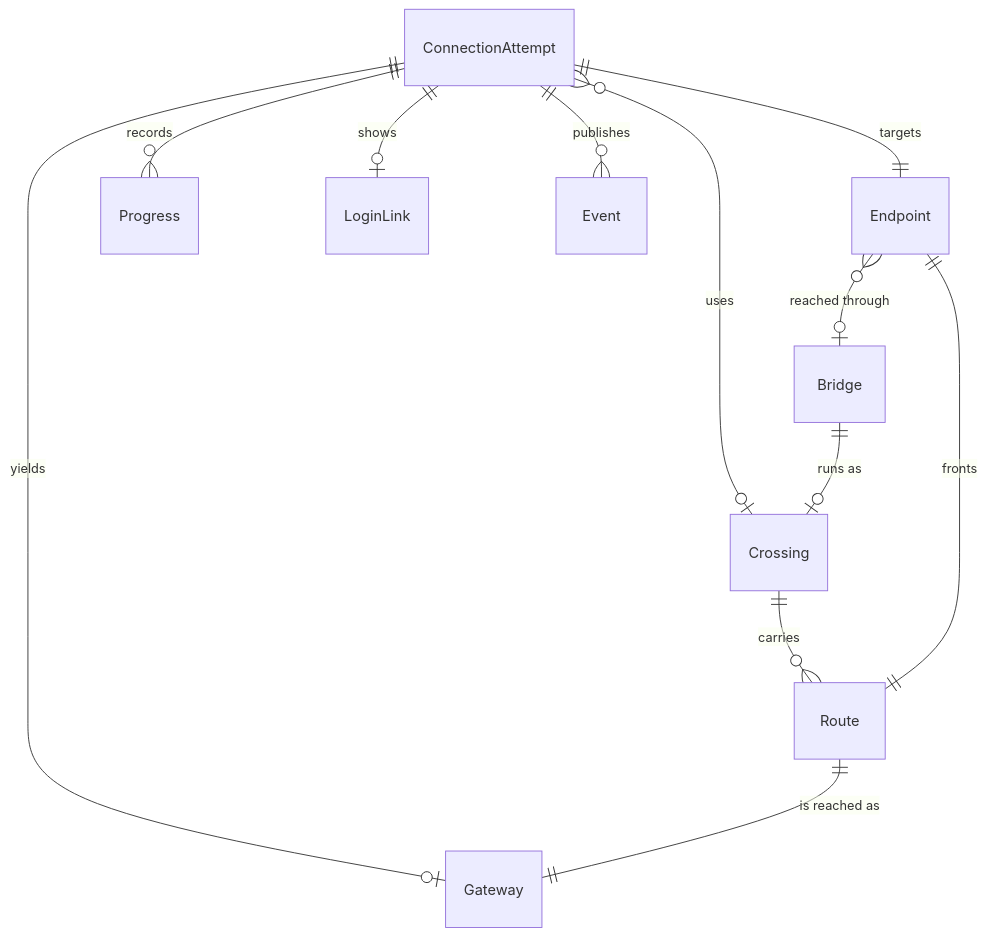
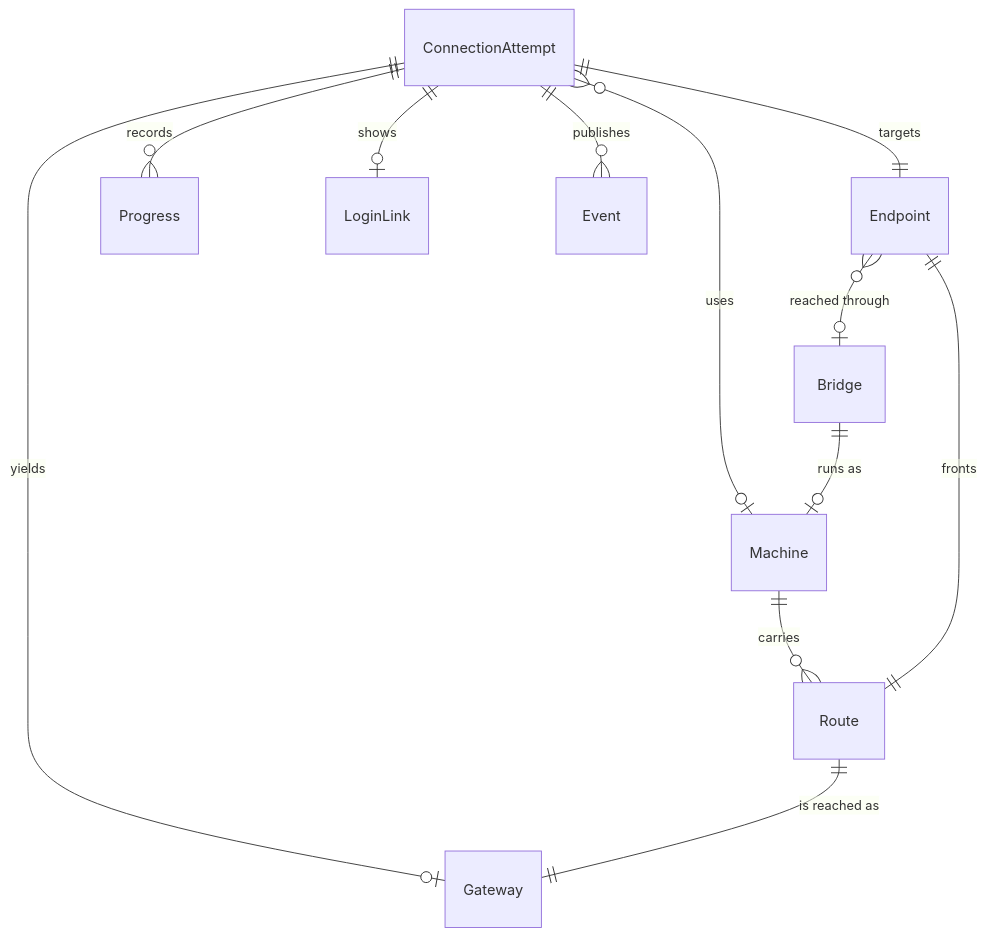
The third of 4 diagrams in docs/specs/connection-domain-model.md (tailscale/aperture-cli), drawn with Mermaid before and after one commit. The commit also changed other lines of this file and 4 other files, not shown here.

````diff
--- a/docs/specs/connection-domain-model.md
+++ b/docs/specs/connection-domain-model.md
@@ -237,14 +238,14 @@
 ```mermaid
 erDiagram
     ConnectionAttempt ||--|| Endpoint : "targets"
     ConnectionAttempt ||--o{ Progress : "records"
     ConnectionAttempt ||--o| LoginLink : "shows"
     ConnectionAttempt ||--o| Gateway : "yields"
     ConnectionAttempt ||--o{ Event : "publishes"
-    ConnectionAttempt }o--o| Crossing : "uses"
+    ConnectionAttempt }o--o| Machine : "uses"
     Endpoint }o--o| Bridge : "reached through"
-    Bridge ||--o| Crossing : "runs as"
-    Crossing ||--o{ Route : "carries"
+    Bridge ||--o| Machine : "runs as"
+    Machine ||--o{ Route : "carries"
     Route ||--|| Endpoint : "fronts"
     Route ||--|| Gateway : "is reached as"
 ```
````
